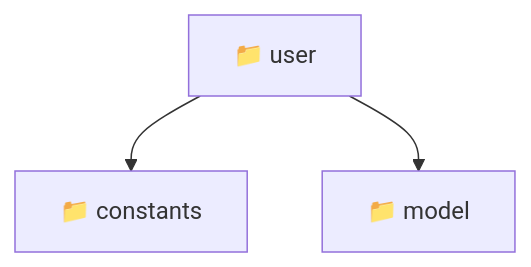
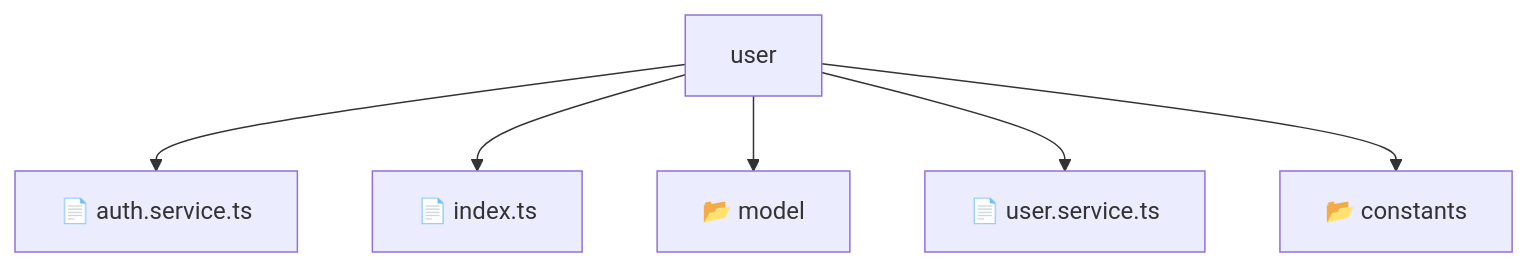
The diagram in frontend/src/entities/user/README.md (beginwebdev2002/fullstack-mavluda), drawn with Mermaid before and after one commit. The commit also changed other lines of this file and 155 other files, not shown here.

````diff
--- a/frontend/src/entities/user/README.md
+++ b/frontend/src/entities/user/README.md
@@ -10,6 +14,9 @@
 ```mermaid
 graph TD
-  Root["📁 user"]
-  Root --> constants["📁 constants"]
-  Root --> model["📁 model"]
+    Root[user]
+    Root --> F0[📄 auth.service.ts]
+    Root --> F1[📄 index.ts]
+    Root --> F2[📂 model]
+    Root --> F3[📄 user.service.ts]
+    Root --> F4[📂 constants]
 ```
````
